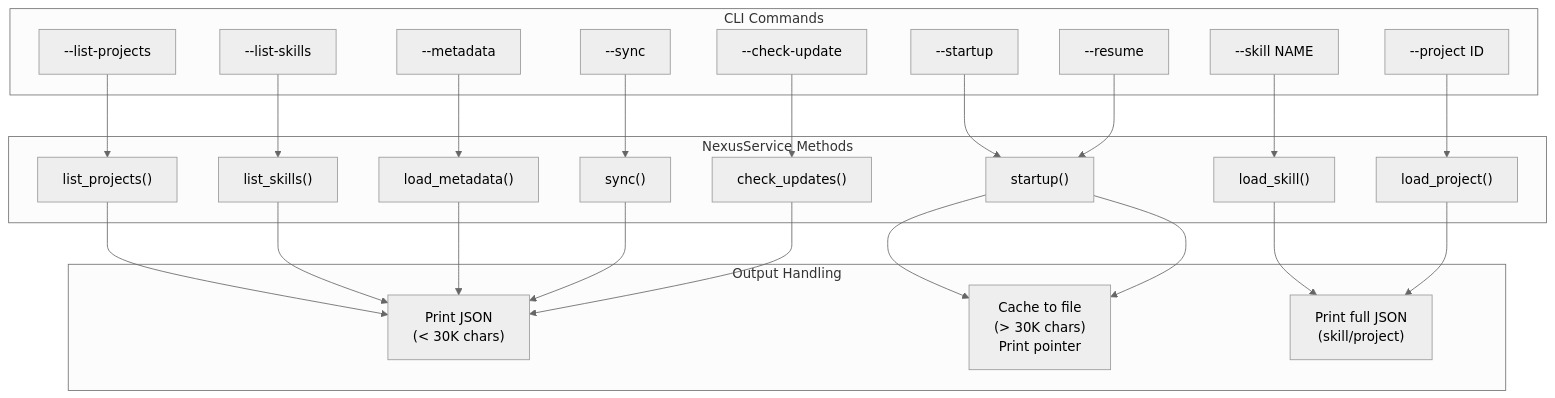
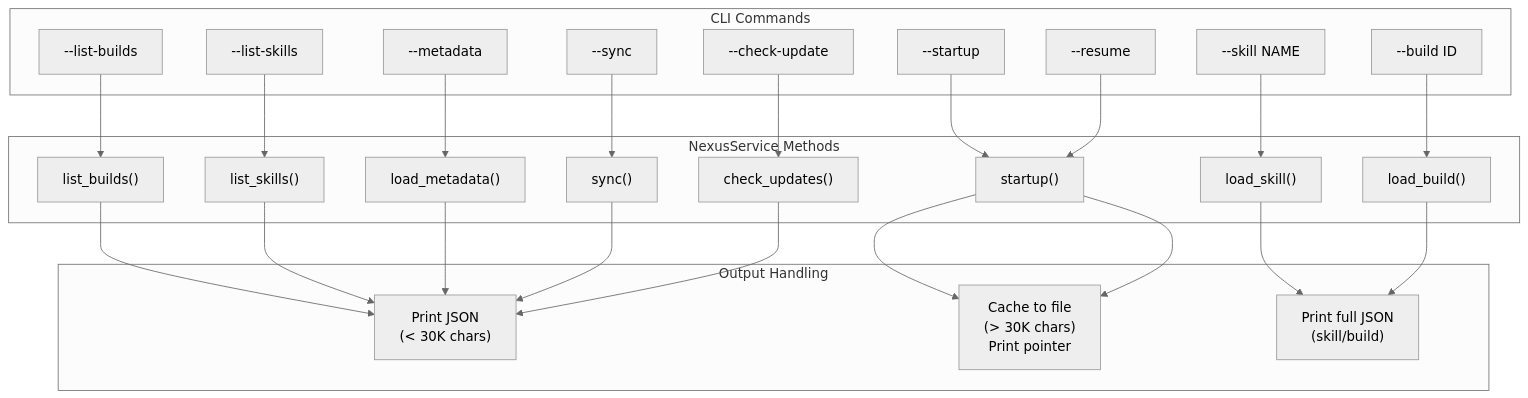
The second of 7 diagrams in 00-system/core/nexus/ARCHITECTURE.md (DorianSchlede/nexus-template), drawn with Mermaid (neutral theme) before and after one commit. The commit also changed other lines of this file and 607 other files, not shown here.

First line of the commit message:
Nexus v5: Complete system overhaul - builds replace projects

````diff
--- a/00-system/core/nexus/ARCHITECTURE.md
+++ b/00-system/core/nexus/ARCHITECTURE.md
@@ -57,41 +57,41 @@
 ```mermaid
 flowchart TB
     subgraph "CLI Commands"
         START["--startup"]
         RESUME["--resume"]
         SKILL["--skill NAME"]
-        PROJ["--project ID"]
-        LIST_P["--list-projects"]
+        PROJ["--build ID"]
+        LIST_P["--list-builds"]
         LIST_S["--list-skills"]
         META["--metadata"]
         SYNC["--sync"]
         CHECK["--check-update"]
     end
 
     subgraph "NexusService Methods"
         S_STARTUP["startup()"]
         S_SKILL["load_skill()"]
-        S_PROJ["load_project()"]
-        S_LIST_P["list_projects()"]
+        S_PROJ["load_build()"]
+        S_LIST_P["list_builds()"]
         S_LIST_S["list_skills()"]
         S_META["load_metadata()"]
         S_SYNC["sync()"]
         S_CHECK["check_updates()"]
     end
 
     subgraph "Output Handling"
         OUT_SMALL["Print JSON<br/>(< 30K chars)"]
         OUT_CACHE["Cache to file<br/>(> 30K chars)<br/>Print pointer"]
-        OUT_LARGE["Print full JSON<br/>(skill/project)"]
+        OUT_LARGE["Print full JSON<br/>(skill/build)"]
     end
 
     START --> S_STARTUP --> OUT_CACHE
     RESUME --> S_STARTUP --> OUT_CACHE
     SKILL --> S_SKILL --> OUT_LARGE
     PROJ --> S_PROJ --> OUT_LARGE
     LIST_P --> S_LIST_P --> OUT_SMALL
     LIST_S --> S_LIST_S --> OUT_SMALL
     META --> S_META --> OUT_SMALL
     SYNC --> S_SYNC --> OUT_SMALL
     CHECK --> S_CHECK --> OUT_SMALL
 ```
````
